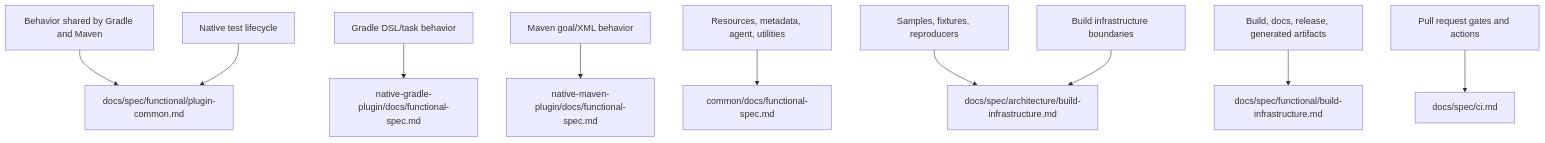
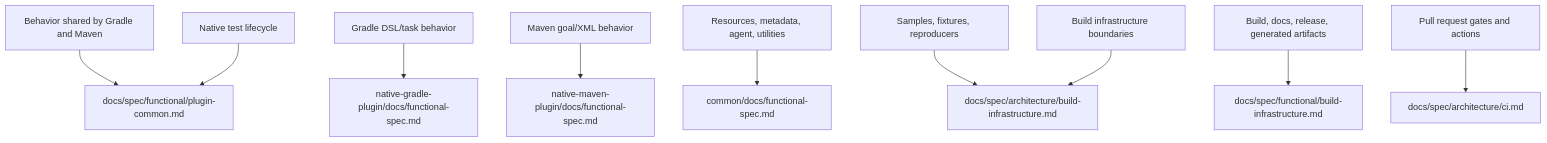
One commit to graalvm/native-build-tools changed the diagram in docs/spec/architecture/repository.md. Above: the diagram before and after it, drawn with Mermaid. The commit also changed other lines of this file and 18 other files, not shown here.

Commit message:
Model CI workflows as architecture specs

````diff
--- a/docs/spec/architecture/repository.md
+++ b/docs/spec/architecture/repository.md
@@ -38,12 +38,12 @@
 ```mermaid
 flowchart TD
     SharedBehavior["Behavior shared by Gradle and Maven"] --> PluginCommon["docs/spec/functional/plugin-common.md"]
     GradleBehavior["Gradle DSL/task behavior"] --> GradleSpec["native-gradle-plugin/docs/functional-spec.md"]
     MavenBehavior["Maven goal/XML behavior"] --> MavenSpec["native-maven-plugin/docs/functional-spec.md"]
     CommonBehavior["Resources, metadata, agent, utilities"] --> CommonSpec["common/docs/functional-spec.md"]
     NativeTests["Native test lifecycle"] --> PluginCommon["docs/spec/functional/plugin-common.md"]
     Fixtures["Samples, fixtures, reproducers"] --> BuildArch["docs/spec/architecture/build-infrastructure.md"]
     BuildInfraStructure["Build infrastructure boundaries"] --> BuildArch["docs/spec/architecture/build-infrastructure.md"]
     BuildInfraBehavior["Build, docs, release, generated artifacts"] --> BuildSpec["docs/spec/functional/build-infrastructure.md"]
-    CIWork["Pull request gates and actions"] --> CISpec["docs/spec/ci.md"]
+    CIWork["Pull request gates and actions"] --> CISpec["docs/spec/architecture/ci.md"]
 ```
````
